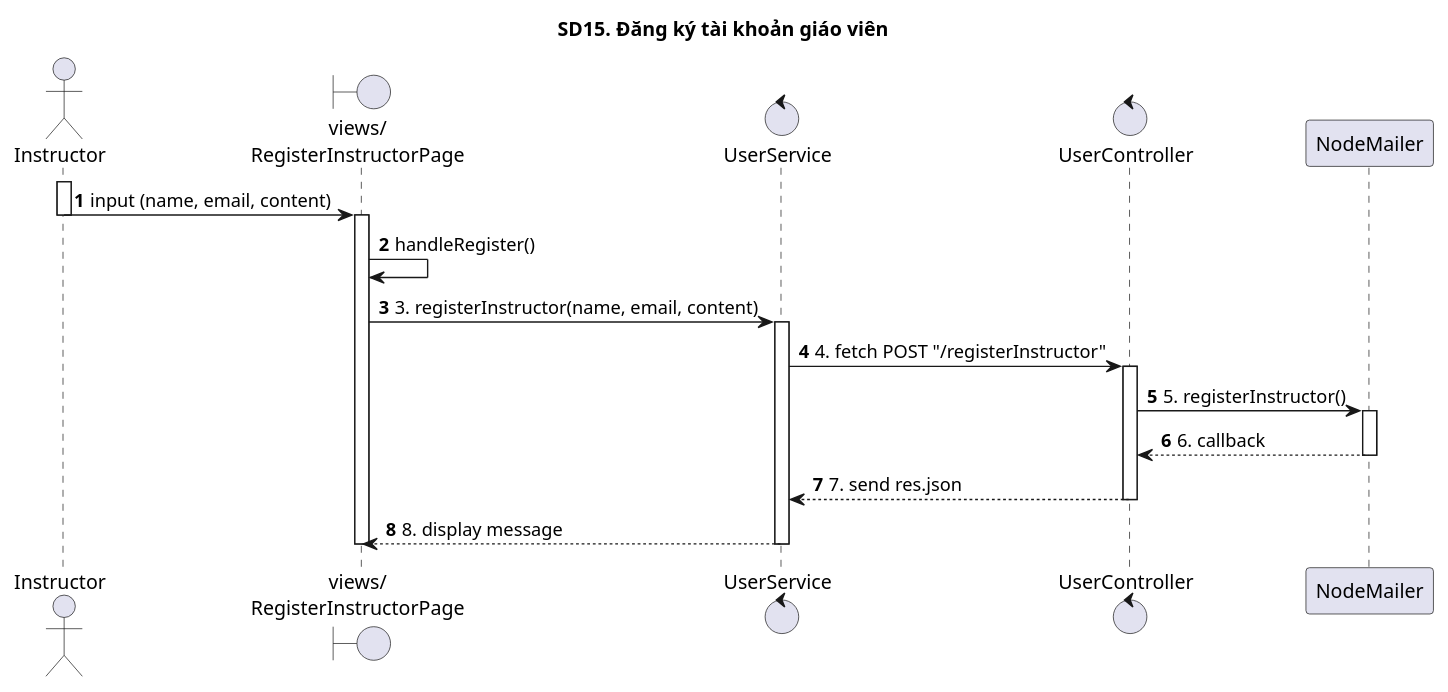
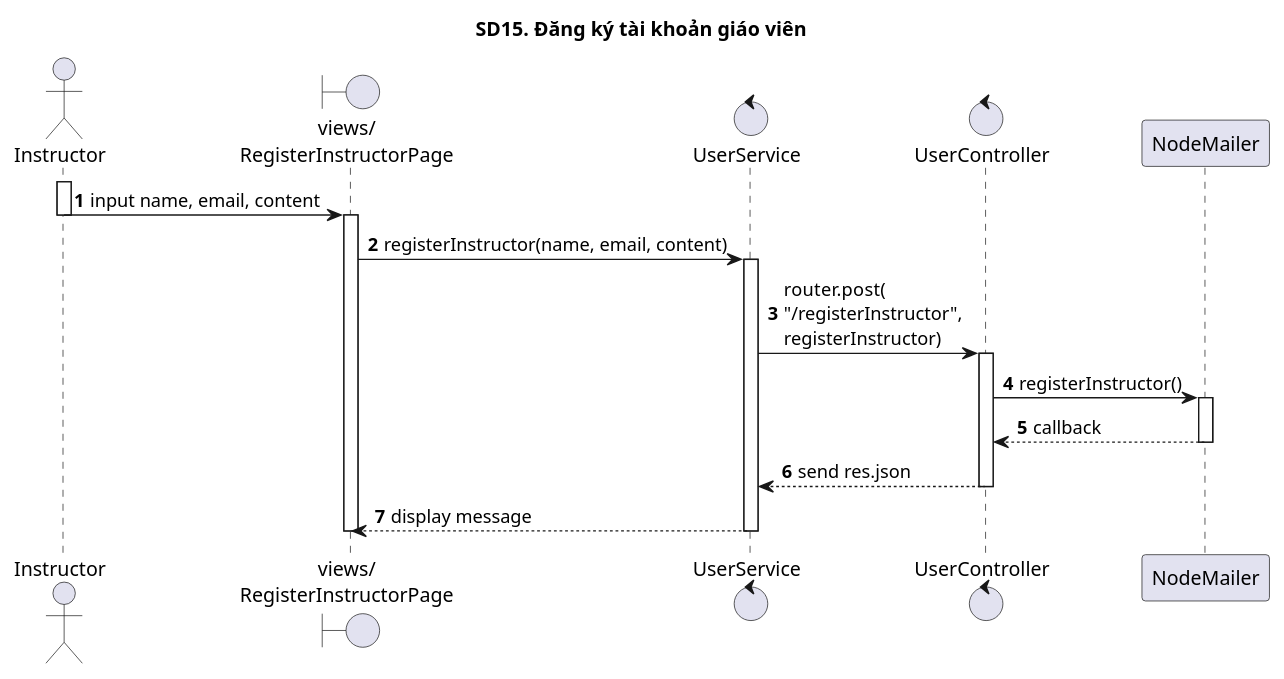
Before and after one commit to The-Cookies-Team/UML-Diagrams: the diagram in SequenceDiagrams/CNPMHDT/sd15.puml, drawn with PlantUML. The commit also changed 5 other files, not shown here.

```diff
--- a/SequenceDiagrams/CNPMHDT/sd15.puml
+++ b/SequenceDiagrams/CNPMHDT/sd15.puml
@@ -1,31 +1,30 @@
-@startuml
+@startuml SQ
 
 autonumber
 
 title SD15. Đăng ký tài khoản giáo viên
 
 actor "Instructor" as Actor
 boundary "views/\nRegisterInstructorPage" as RegisterInstructorPage
 control "UserService"
 control "UserController"
 
 activate Actor
-Actor -> RegisterInstructorPage: input (name, email, content)
+Actor -> RegisterInstructorPage: input name, email, content
 deactivate Actor
 activate RegisterInstructorPage
-RegisterInstructorPage -> RegisterInstructorPage: handleRegister()
-RegisterInstructorPage -> UserService: 3. registerInstructor(name, email, content)
+RegisterInstructorPage -> UserService: registerInstructor(name, email, content)
 activate UserService
-UserService -> UserController: 4. fetch POST "/registerInstructor"
+UserService -> UserController: router.post(\n"/registerInstructor",\nregisterInstructor)
 activate UserController
-UserController -> NodeMailer: 5. registerInstructor()
+UserController -> NodeMailer: registerInstructor()
 activate NodeMailer
-NodeMailer --> UserController: 6. callback
+NodeMailer --> UserController: callback
 deactivate NodeMailer
-UserController --> UserService: 7. send res.json
+UserController --> UserService: send res.json
 deactivate UserController
-UserService --> RegisterInstructorPage: 8. display message
+UserService --> RegisterInstructorPage: display message
 deactivate RegisterInstructorPage
 deactivate UserService
 
 @enduml
```
